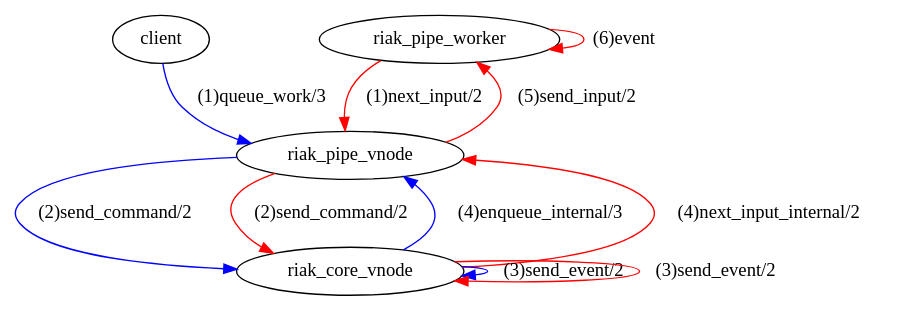
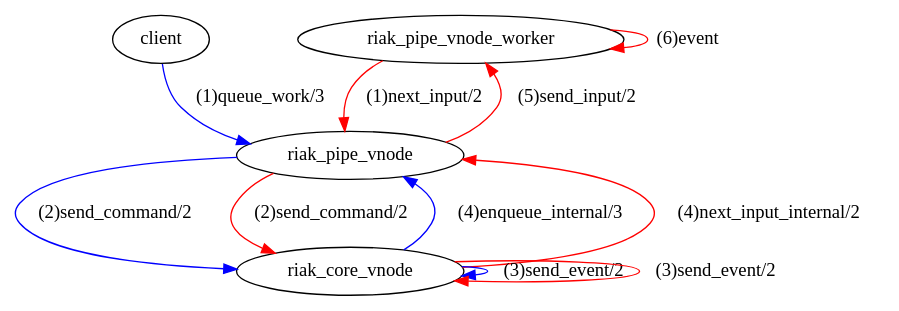
Before and after one commit to mille-printemps/rscr: the diagram in riak_pipe_inputs.dot, drawn with Graphviz. The commit also changed 2 other files, not shown here.

```diff
--- a/riak_pipe_inputs.dot
+++ b/riak_pipe_inputs.dot
@@ -1,34 +1,34 @@
 // Render using Graphviz:
 //      dot -Tpng -oriak_pipe_inputs.png riak_pipe_inputs.dot
 
 digraph {
 
     subgraph top {
         rank=same;
         client
-        riak_pipe_worker
+        riak_pipe_vnode_worker
 
-        riak_pipe_worker -> riak_pipe_worker [color="red" label="(6)event"]
+        riak_pipe_vnode_worker -> riak_pipe_vnode_worker [color="red" label="(6)event"]
     }
 
     subgraph middle {
         riak_pipe_vnode
 
         client -> riak_pipe_vnode [color="blue" label="(1)queue_work/3"]
-        riak_pipe_worker -> riak_pipe_vnode [color="red" label="(1)next_input/2"]
-        riak_pipe_vnode -> riak_pipe_worker [color="red" label="(5)send_input/2"]
+        riak_pipe_vnode_worker -> riak_pipe_vnode [color="red" label="(1)next_input/2"]
+        riak_pipe_vnode -> riak_pipe_vnode_worker [color="red" label="(5)send_input/2"]
     }
 
     subgraph bottom {
         riak_core_vnode
 
         riak_pipe_vnode -> riak_core_vnode [color="blue" label="(2)send_command/2"]
         riak_core_vnode -> riak_pipe_vnode [color="blue" label="(4)enqueue_internal/3"]        
         riak_pipe_vnode -> riak_core_vnode [color="red" label="(2)send_command/2"]
         riak_core_vnode -> riak_pipe_vnode [color="red" label="(4)next_input_internal/2"]        
         
         riak_core_vnode -> riak_core_vnode [color="blue" label="(3)send_event/2"]
         riak_core_vnode -> riak_core_vnode [color="red" label="(3)send_event/2"]
     }
 
 }
```
